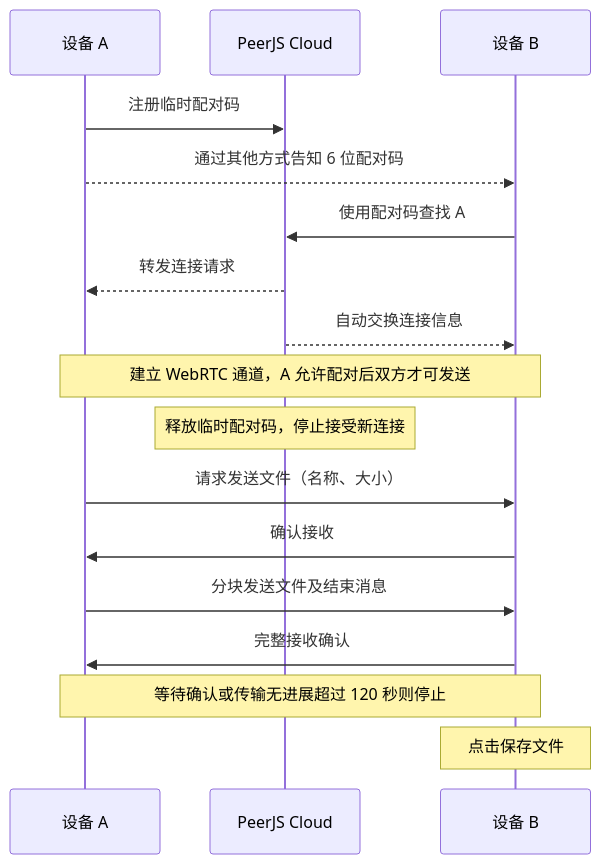
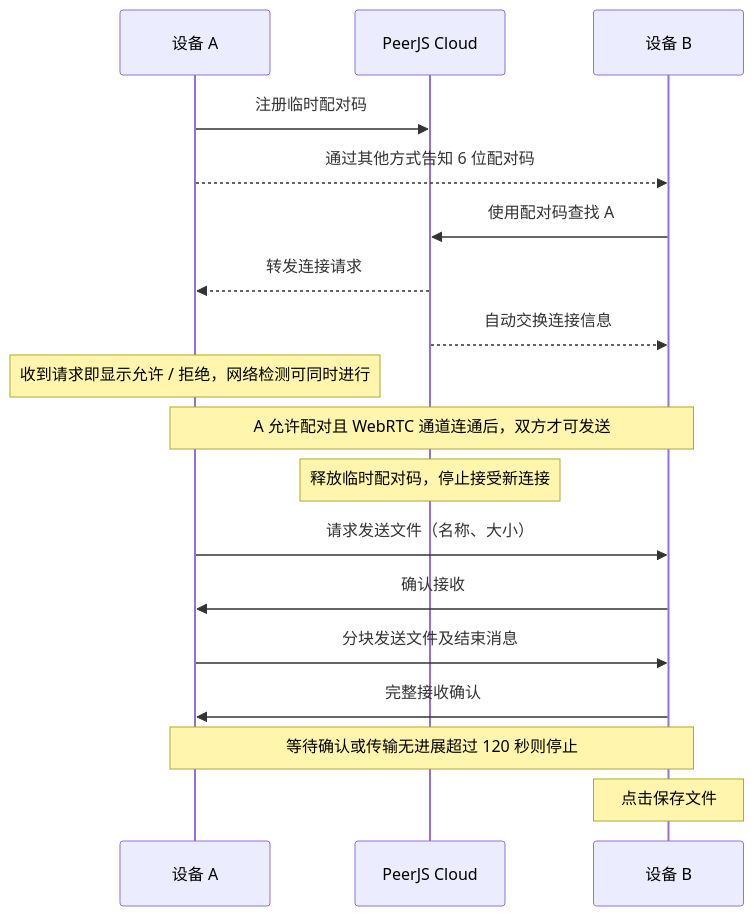
Before and after one commit to liuzhenghua/tech-hub: the diagram in README.md, drawn with Mermaid. The commit also changed other lines of this file and 6 other files, not shown here.

````diff
--- a/README.md
+++ b/README.md
@@ -51,19 +51,20 @@
 ```mermaid
 sequenceDiagram
     participant A as 设备 A
     participant S as PeerJS Cloud
     participant B as 设备 B
     A->>S: 注册临时配对码
     A-->>B: 通过其他方式告知 6 位配对码
     B->>S: 使用配对码查找 A
     S-->>A: 转发连接请求
     S-->>B: 自动交换连接信息
-    Note over A,B: 建立 WebRTC 通道，A 允许配对后双方才可发送
+    Note over A: 收到请求即显示允许 / 拒绝，网络检测可同时进行
+    Note over A,B: A 允许配对且 WebRTC 通道连通后，双方才可发送
     Note over S: 释放临时配对码，停止接受新连接
     A->>B: 请求发送文件（名称、大小）
     B->>A: 确认接收
     A->>B: 分块发送文件及结束消息
     B->>A: 完整接收确认
     Note over A,B: 等待确认或传输无进展超过 120 秒则停止
     Note over B: 点击保存文件
 ```
````
